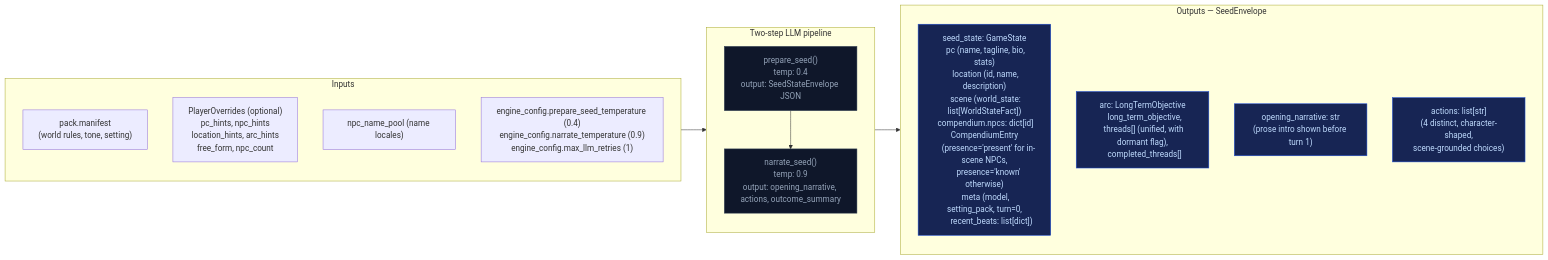
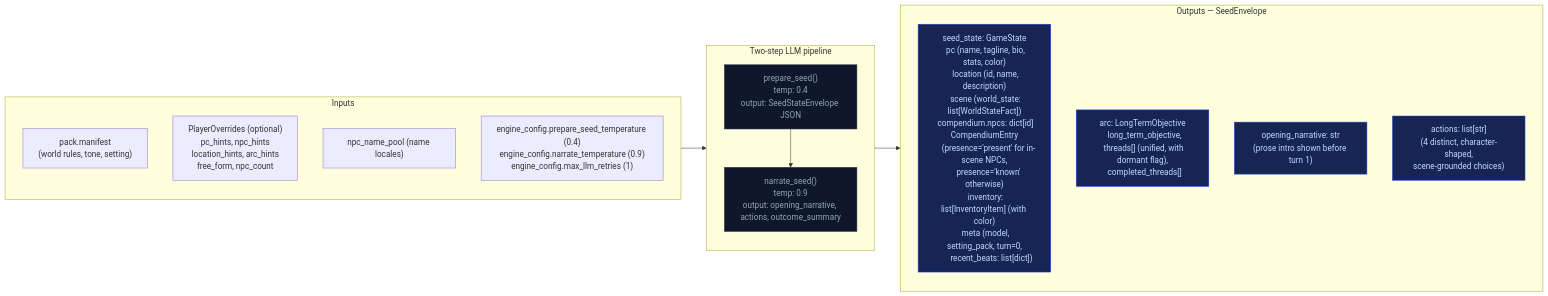
The second of 2 diagrams in docs/architecture/out-of-band.md (pww217/fablethread), drawn with Mermaid before and after one commit. The commit also changed other lines of this file and 299 other files, not shown here.

First line of the commit message:
feat: compendium mid-turn updates, position cleanup, and fix

````diff
--- a/docs/architecture/out-of-band.md
+++ b/docs/architecture/out-of-band.md
@@ -48,29 +48,29 @@
 ```mermaid
 flowchart LR
     classDef llmNode fill:#0f172a,color:#94a3b8,stroke:#334155
     classDef outNode fill:#172554,color:#bfdbfe,stroke:#1d4ed8
 
     subgraph IN["Inputs"]
         G1["pack.manifest<br>(world rules, tone, setting)"]
         G3["PlayerOverrides (optional)<br>  pc_hints, npc_hints<br>  location_hints, arc_hints<br>  free_form, npc_count"]
         G4["npc_name_pool (name locales)"]
         G5["engine_config.prepare_seed_temperature (0.4)<br>engine_config.narrate_temperature (0.9)<br>engine_config.max_llm_retries (1)"]
     end
 
     subgraph LLM_TWO_STEP["Two-step LLM pipeline"]
         direction TB
         PS["prepare_seed()<br>temp: 0.4<br>output: SeedStateEnvelope JSON"]:::llmNode
         NS["narrate_seed()<br>temp: 0.9<br>output: opening_narrative, actions, outcome_summary"]:::llmNode
         PS --> NS
     end
 
     subgraph OUT["Outputs — SeedEnvelope"]
-        O1["seed_state: GameState<br>  pc (name, tagline, bio, stats)<br>  location (id, name, description)<br>  scene (world_state: list[WorldStateFact])<br>  compendium.npcs: dict[id] CompendiumEntry<br>    (presence='present' for in-scene NPCs,<br>     presence='known' otherwise)<br>  meta (model, setting_pack, turn=0,<br>       recent_beats: list[dict])"]:::outNode
+        O1["seed_state: GameState<br>  pc (name, tagline, bio, stats, color)<br>  location (id, name, description)<br>  scene (world_state: list[WorldStateFact])<br>  compendium.npcs: dict[id] CompendiumEntry<br>    (presence='present' for in-scene NPCs,<br>     presence='known' otherwise)<br>  inventory: list[InventoryItem] (with color)<br>  meta (model, setting_pack, turn=0,<br>       recent_beats: list[dict])"]:::outNode
         O2["arc: LongTermObjective<br>  long_term_objective,<br>  threads[] (unified, with dormant flag),<br>  completed_threads[]"]:::outNode
         O3["opening_narrative: str<br>(prose intro shown before turn 1)"]:::outNode
         O4["actions: list[str]<br>(4 distinct, character-shaped,<br>scene-grounded choices)"]:::outNode
     end
 
     IN --> LLM_TWO_STEP
     LLM_TWO_STEP --> OUT
 ```
````
